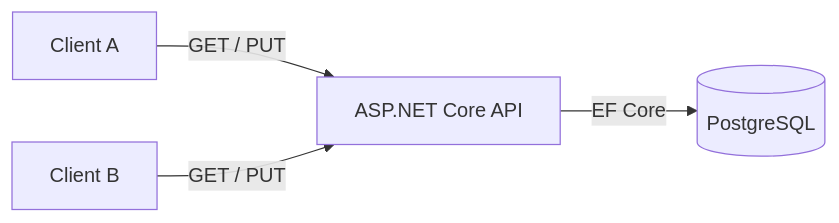
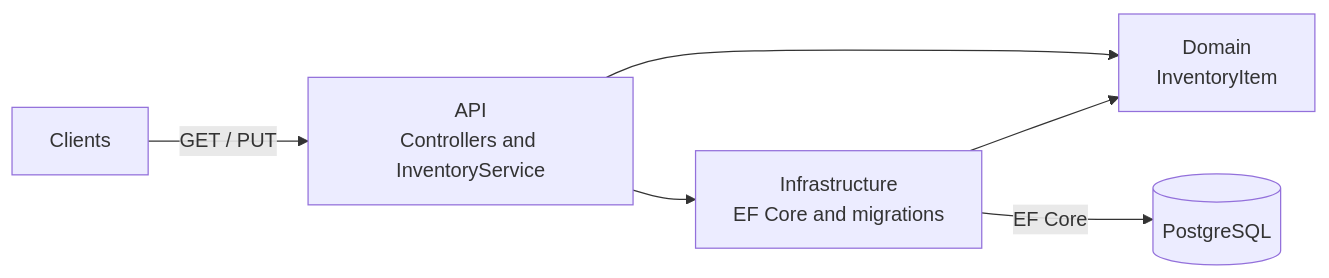
One commit to Luqa1/Engineering-Playground changed the first of 2 diagrams in 03-optimistic-concurrency/README.md. Above: the diagram before and after it, drawn with Mermaid. The commit also changed other lines of this file and 11 other files, not shown here.

````diff
--- a/03-optimistic-concurrency/README.md
+++ b/03-optimistic-concurrency/README.md
@@ -106,11 +106,14 @@
 ```mermaid
 flowchart LR
-    clientA[Client A]
-    clientB[Client B]
-    api[ASP.NET Core API]
+    clients[Clients]
+    api[API<br/>Controllers and InventoryService]
+    infrastructure[Infrastructure<br/>EF Core and migrations]
+    domain[Domain<br/>InventoryItem]
     database[(PostgreSQL)]
 
-    clientA -->|GET / PUT| api
-    clientB -->|GET / PUT| api
-    api -->|EF Core| database
+    clients -->|GET / PUT| api
+    api --> infrastructure
+    api --> domain
+    infrastructure --> domain
+    infrastructure -->|EF Core| database
 ```
````
